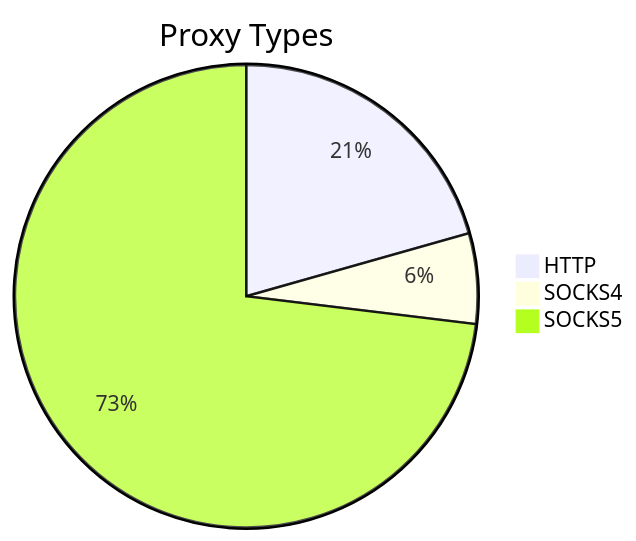
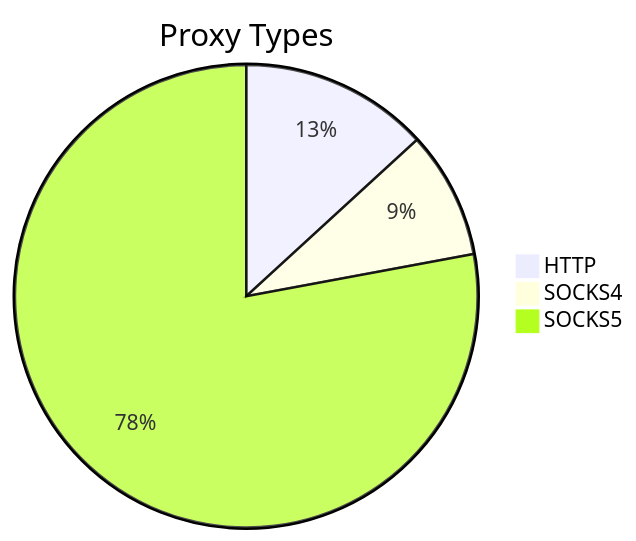
One commit to stormsia/proxy-list changed the first of 2 diagrams in README.md. Above: the diagram before and after it, drawn with Mermaid. The commit also changed other lines of this file, not shown here.

````diff
--- a/README.md
+++ b/README.md
@@ -21,6 +21,6 @@
 ```mermaid
 pie title Proxy Types
-    "HTTP" : 75
-    "SOCKS4" : 23
-    "SOCKS5" : 266
+    "HTTP" : 98
+    "SOCKS4" : 66
+    "SOCKS5" : 579
 ```
````
